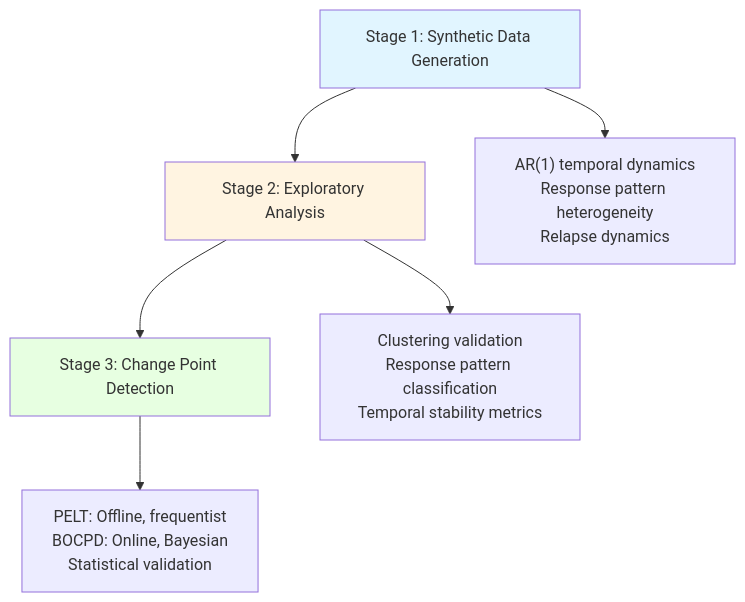
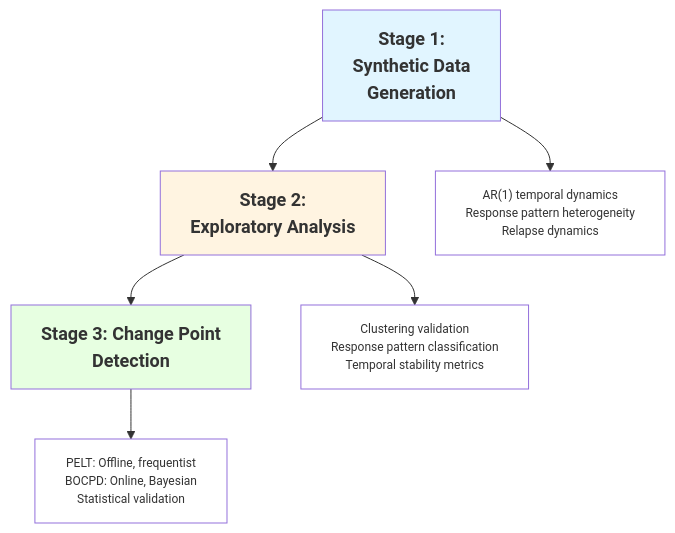
The first of 2 diagrams in README.md (satyaki-mitra/Temporal-Changepoint-Detection), drawn with Mermaid before and after one commit.

Commit message:
README updated

````diff
--- a/README.md
+++ b/README.md
@@ -110,13 +110,16 @@
 ```mermaid
 graph TB
-    A[Stage 1: Synthetic Data Generation] --> B[Stage 2: Exploratory Analysis]
-    B --> C[Stage 3: Change Point Detection]
+    A[Stage 1:<br/>Synthetic Data<br/> Generation] --> B[Stage 2:<br/> Exploratory Analysis]
+    B --> C[Stage 3: Change Point<br/>Detection]
     
     A --> A1["AR(1) temporal dynamics<br/>Response pattern heterogeneity<br/>Relapse dynamics"]
     B --> B1["Clustering validation<br/>Response pattern classification<br/>Temporal stability metrics"]
     C --> C1["PELT: Offline, frequentist<br/>BOCPD: Online, Bayesian<br/>Statistical validation"]
     
-    style A fill:#e1f5ff
-    style B fill:#fff4e1
-    style C fill:#e7ffe1
+    style A fill:#e1f5ff,font-size:18px,font-weight:bold
+    style B fill:#fff4e1,font-size:18px,font-weight:bold
+    style C fill:#e7ffe1,font-size:18px,font-weight:bold
+    style A1 fill:none,font-size:12px
+    style B1 fill:none,font-size:12px
+    style C1 fill:none,font-size:12px
 ```
````
